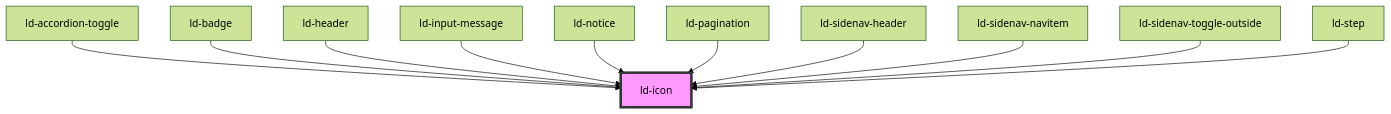
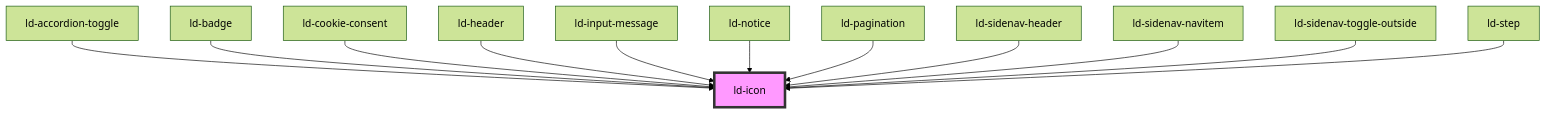
Before and after one commit to emdgroup-liquid/liquid: the diagram in src/liquid/components/ld-icon/readme.md, drawn with Mermaid (forest theme). The commit also changed other lines of this file and 41 other files, not shown here.

Commit message:
feat(ld-cookie-consent): component which helps to comply with privacy regulations

````diff
--- a/src/liquid/components/ld-icon/readme.md
+++ b/src/liquid/components/ld-icon/readme.md
@@ -349,14 +350,15 @@
 ```mermaid
 graph TD;
   ld-accordion-toggle --> ld-icon
   ld-badge --> ld-icon
+  ld-cookie-consent --> ld-icon
   ld-header --> ld-icon
   ld-input-message --> ld-icon
   ld-notice --> ld-icon
   ld-pagination --> ld-icon
   ld-sidenav-header --> ld-icon
   ld-sidenav-navitem --> ld-icon
   ld-sidenav-toggle-outside --> ld-icon
   ld-step --> ld-icon
   style ld-icon fill:#f9f,stroke:#333,stroke-width:4px
 ```
````
